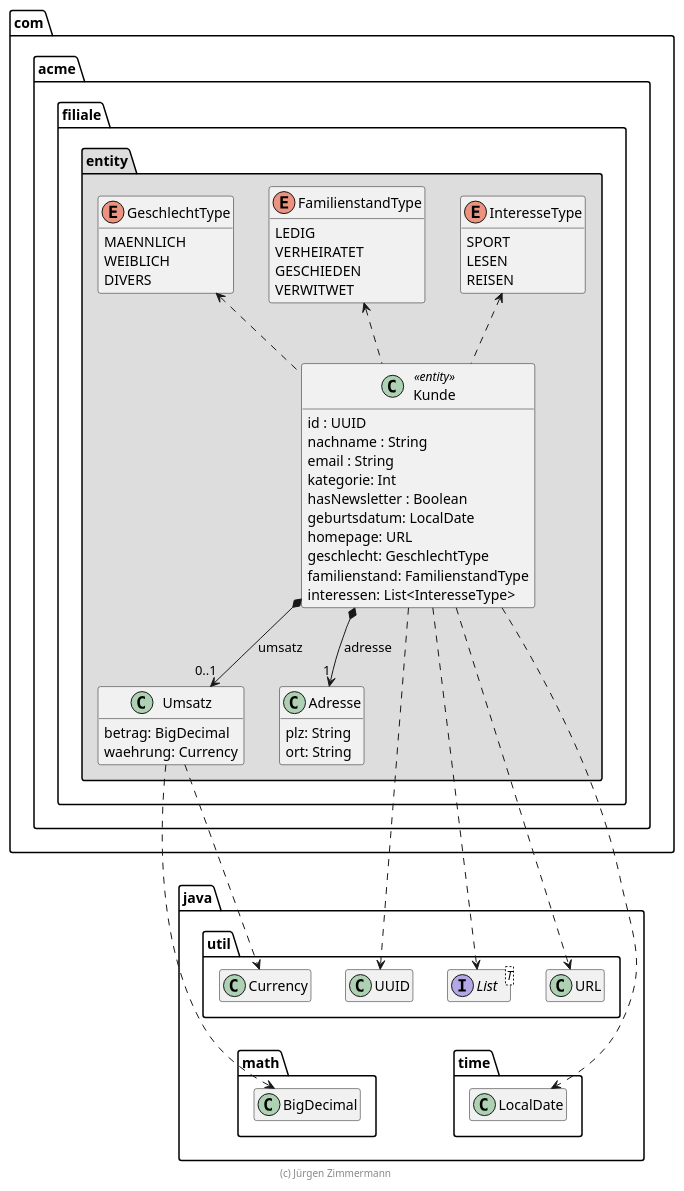
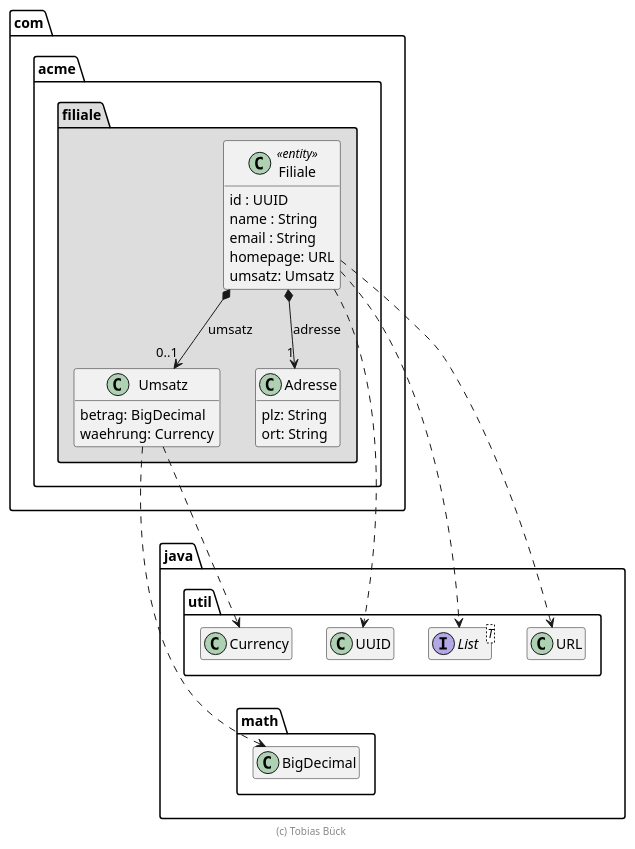
Before and after one commit to buecktobias/SWA_filiale: the diagram in extras/doc/Kunde.plantuml, drawn with PlantUML. The commit also changed other lines of this file, not shown here.

Commit message:
changed Filiale UML

```diff
--- a/extras/doc/Kunde.plantuml
+++ b/extras/doc/Kunde.plantuml
@@ -15,88 +2,55 @@
-@startuml Kunde
+@startuml Filiale
 
 skinparam classAttributeIconSize 0
 ' skinparam monochrome true
 
 package java {
     package util {
         class UUID
         interface List<T>
         class URL
         class Currency
     }
 
     package math {
         class BigDecimal
     }
 
-    package time {
-        class LocalDate
-    }
-
     BigDecimal .up[hidden].> UUID
-    UUID .[hidden].> LocalDate
 }
 
-package com.acme.filiale.entity #DDDDDD {
+package com.acme.filiale #DDDDDD {
     class Umsatz {
         betrag: BigDecimal
         waehrung: Currency
     }
 
     class Adresse {
         plz: String
         ort: String
     }
 
-    enum GeschlechtType {
-        MAENNLICH
-        WEIBLICH
-        DIVERS
+    class Filiale << entity >> {
+        id : UUID
+        name : String
+        email : String
+        homepage: URL
+        umsatz: Umsatz
     }
 
-    enum FamilienstandType {
-        LEDIG
-        VERHEIRATET
-        GESCHIEDEN
-        VERWITWET
-    }
+    Filiale *--> "0..1" Umsatz : umsatz
+    Filiale *--> "1" Adresse : adresse
 
-    enum InteresseType {
-        SPORT
-        LESEN
-        REISEN
-    }
-
-    class Kunde << entity >> {
-        id : UUID
-        nachname : String
-        email : String
-        kategorie: Int
-        hasNewsletter : Boolean
-        geburtsdatum: LocalDate
-        homepage: URL
-        geschlecht: GeschlechtType
-        familienstand: FamilienstandType
-        interessen: List<InteresseType>
-    }
-
-    Kunde *--> "0..1" Umsatz : umsatz
-    Kunde *--> "1" Adresse : adresse
-    Kunde .up.> GeschlechtType
-    Kunde .up.> FamilienstandType
-    Kunde .up.> InteresseType
-
-    Kunde ..> UUID
-    Kunde ..> LocalDate
-    Kunde ..> List
-    Kunde ..> URL
+    Filiale ..> UUID
+    Filiale ..> List
+    Filiale ..> URL
 
     Umsatz ..> Currency
     Umsatz ..> BigDecimal
 }
 
 hide empty members
 
-footer (c) Jürgen Zimmermann
+footer (c) Tobias Bück
 
 @enduml
```
